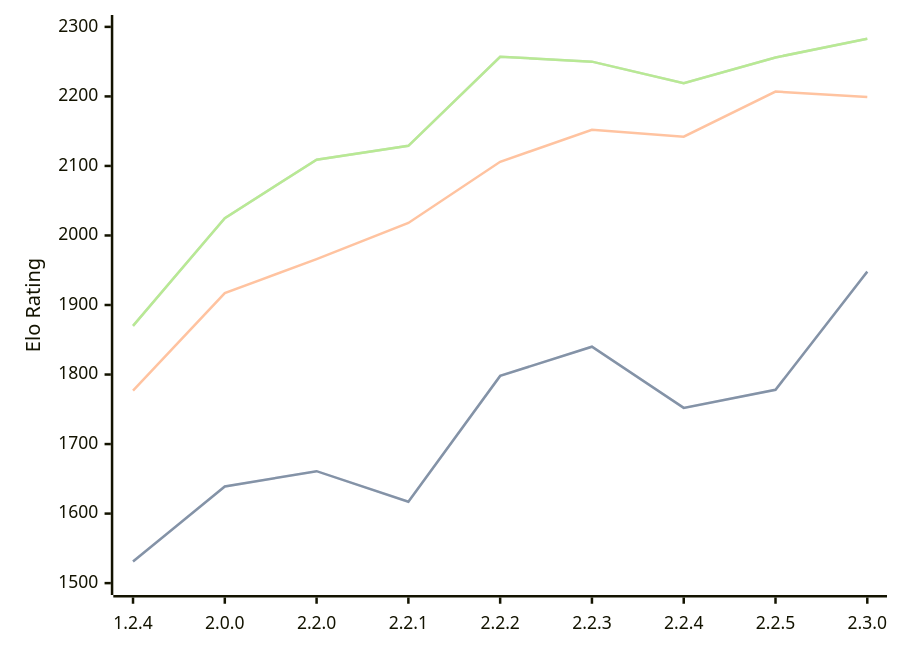
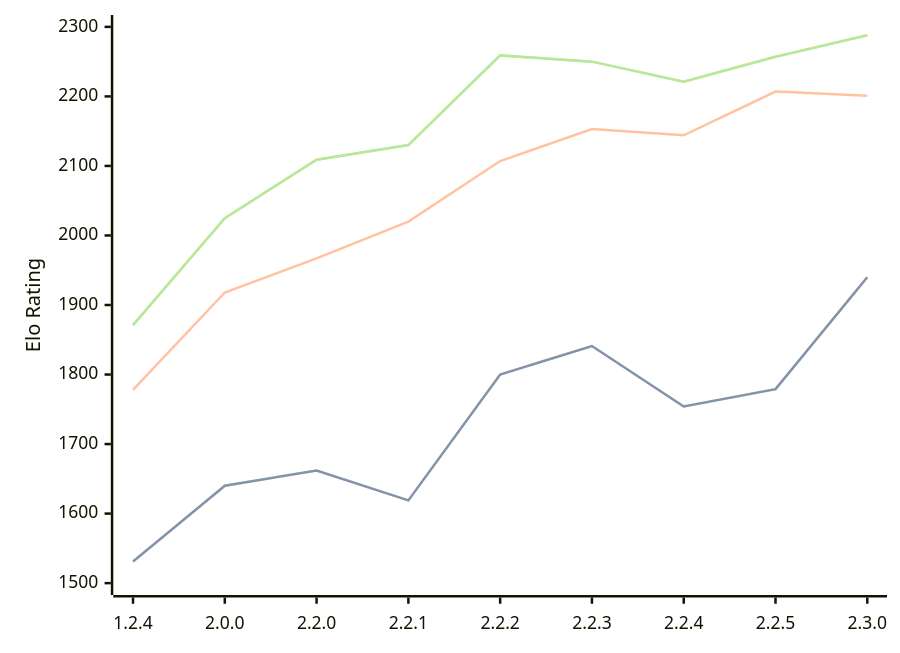
One commit to computer-chess-index/cci changed the diagram in engines/Kreveta.md. Above: the diagram before and after it, drawn with Mermaid. The commit also changed other lines of this file, not shown here.

Commit message:
Update CCI Ratings (ELO VLTC) - 2026-05-01

````diff
--- a/engines/Kreveta.md
+++ b/engines/Kreveta.md
@@ -42,11 +42,11 @@
 ```mermaid
 %%{init: {"theme":"base","themeVariables":{"seriesColors:['#a3a3a3','#222221','#faa371']}}}%%
 xychart-beta
   x-axis ["1.2.4", "2.0.0", "2.2.0", "2.2.1", "2.2.2", "2.2.3", "2.2.4", "2.2.5", "2.3.0"]
   y-axis "Elo Rating" 1500 --> 2300
-  line "STC (8.0+0.08s)" [1531, 1639, 1661, 1617, 1798, 1840, 1752, 1778, 1948]
-  line "STC (8.0+0.08s)" [1531, 1639, 1661, 1617, 1798, 1840, 1752, 1778, 1948]
-  line "LTC (60.0+0.60s)" [1777, 1917, 1966, 2018, 2106, 2152, 2142, 2207, 2199]
-  line "VLTC (2m24s+1.12s)" [1870, 2025, 2109, 2129, 2257, 2250, 2219, 2256, 2283]
-  line "VLTC (2m24s+1.12s)" [1870, 2025, 2109, 2129, 2257, 2250, 2219, 2256, 2283]
+  line "STC (8.0+0.08s)" [1531, 1640, 1662, 1619, 1800, 1841, 1754, 1779, 1940]
+  line "STC (8.0+0.08s)" [1531, 1640, 1662, 1619, 1800, 1841, 1754, 1779, 1940]
+  line "LTC (60.0+0.60s)" [1778, 1918, 1967, 2020, 2107, 2153, 2144, 2207, 2201]
+  line "VLTC (2m24s+1.12s)" [1871, 2025, 2109, 2130, 2259, 2250, 2221, 2257, 2288]
+  line "VLTC (2m24s+1.12s)" [1871, 2025, 2109, 2130, 2259, 2250, 2221, 2257, 2288]
 ```
````
